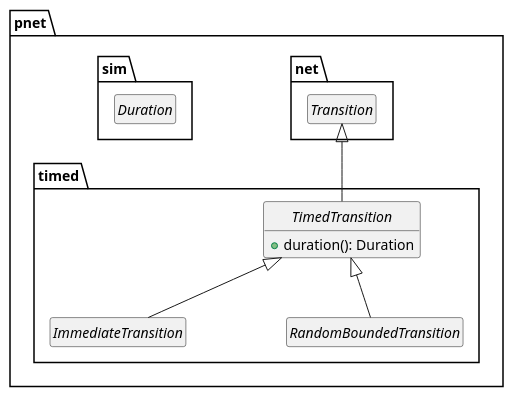
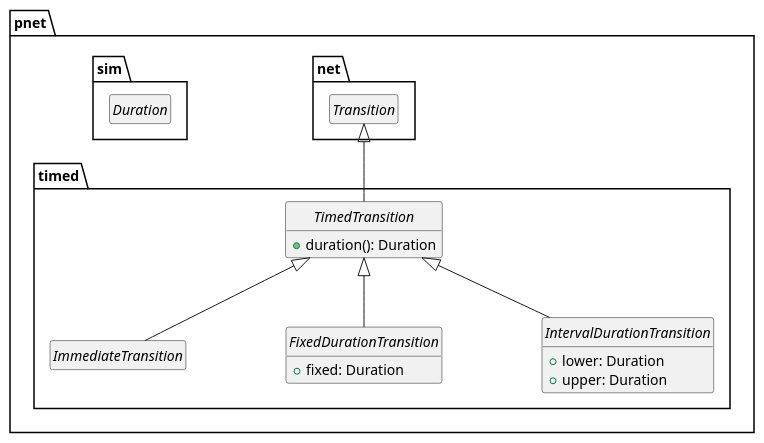
Diagram 15 of 28 in doc/index.org (johnstonskj/rust-ptnets), drawn with PlantUML before and after one commit. The commit also changed other lines of this file and 26 other files, not shown here.

```diff
--- a/doc/index.org
+++ b/doc/index.org
@@ -518,27 +845,37 @@
 #+BEGIN_SRC plantuml :file ptnet-model-timed.svg
 skinparam backgroundColor transparent
 skinparam style strictuml
 skinparam linetype polyline
 skinparam nodesep 100
 
 hide empty members
 
 package pnet {
     package net {
         interface Transition
     }
     package sim {
         interface Duration
     }
     package timed {
         interface TimedTransition {
             +duration(): Duration
         }
         TimedTransition -up-|> Transition
+
         interface ImmediateTransition {}
         ImmediateTransition -up-|> TimedTransition
-        interface RandomBoundedTransition {}
-        RandomBoundedTransition -up-|> TimedTransition
+
+        interface FixedDurationTransition {
+            +fixed: Duration
+        }
+        FixedDurationTransition -up-|> TimedTransition
+
+        interface IntervalDurationTransition {
+            +lower: Duration
+            +upper: Duration
+        }
+        IntervalDurationTransition -up-|> TimedTransition
     }
 }
 #+END_SRC
```
